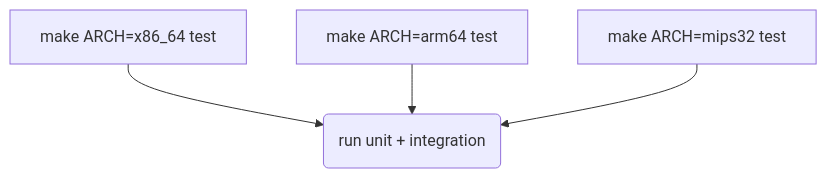
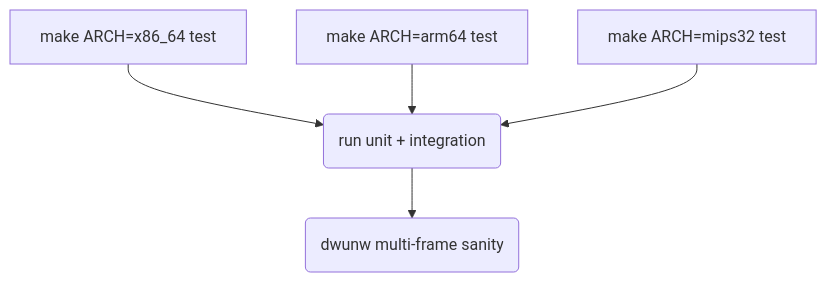
The diagram in doc/cross_arch_validation.md (Team-QwQ/ebpf-dwarf-unwinder), drawn with Mermaid before and after one commit. The commit also changed other lines of this file and 6 other files, not shown here.

````diff
--- a/doc/cross_arch_validation.md
+++ b/doc/cross_arch_validation.md
@@ -18,6 +18,7 @@
 ```mermaid
 graph TD
     A[make ARCH=x86_64 test] --> B(run unit + integration)
     C[make ARCH=arm64 test] --> B
     D[make ARCH=mips32 test] --> B
+    B --> E(dwunw multi-frame sanity)
 ```
````
